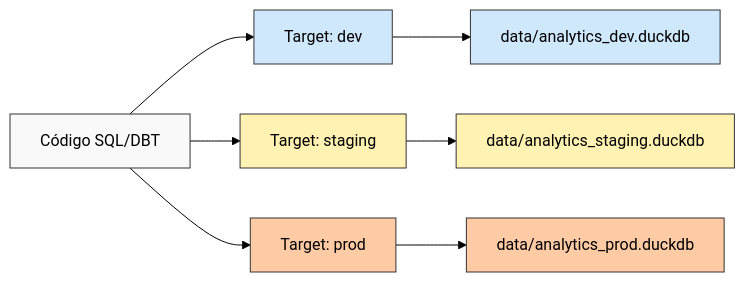
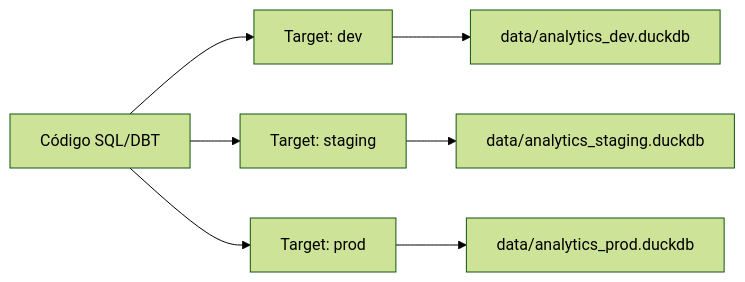
The fifth of 8 diagrams in README.md (rafarngt/dbt-duckdb-analytics-kit), drawn with Mermaid (forest theme) before and after one commit. The commit also changed other lines of this file, not shown here.

````diff
--- a/README.md
+++ b/README.md
@@ -353,17 +347,10 @@
 ```mermaid
 flowchart LR
     A[Código SQL/DBT] --> B[Target: dev]
     A --> C[Target: staging]
     A --> D[Target: prod]
     B --> E[data/analytics_dev.duckdb]
     C --> F[data/analytics_staging.duckdb]
     D --> G[data/analytics_prod.duckdb]
-    
-    style A fill:#f9f9f9,stroke:#333,stroke-width:1px
-    style B fill:#cfe8fc,stroke:#333,stroke-width:1px
-    style C fill:#fff2b2,stroke:#333,stroke-width:1px
-    style D fill:#ffcba5,stroke:#333,stroke-width:1px
-    style E fill:#cfe8fc,stroke:#333,stroke-width:1px
-    style F fill:#fff2b2,stroke:#333,stroke-width:1px
-    style G fill:#ffcba5,stroke:#333,stroke-width:1px
+
 ```
````
